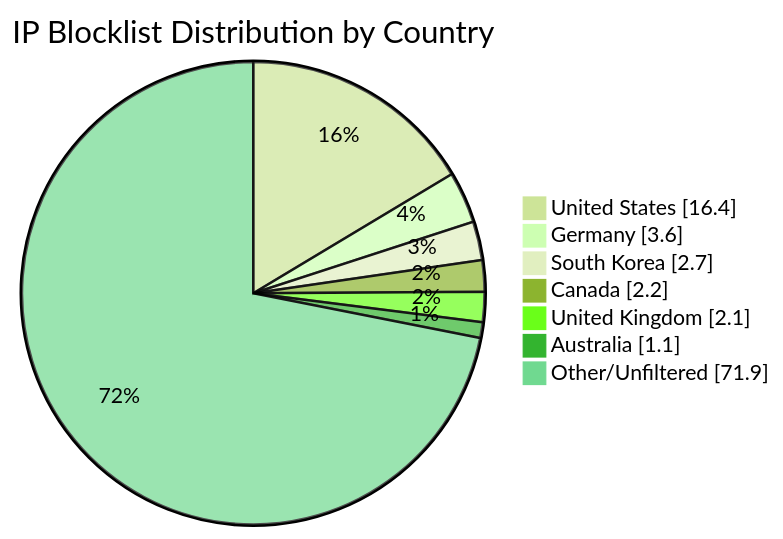
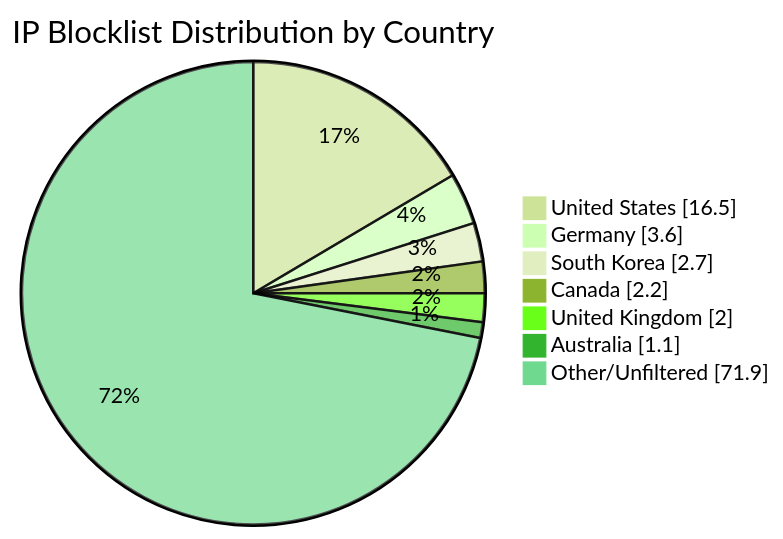
One commit to MarcusHoltz/ipblocklist-geofiltered-aggregator changed the diagram in README.md. Above: the diagram before and after it, drawn with Mermaid (forest theme). The commit also changed other lines of this file and 9 other files, not shown here.

````diff
--- a/README.md
+++ b/README.md
@@ -34,10 +34,10 @@
 ```mermaid
 pie showData title IP Blocklist Distribution by Country
-"United States" : 16.4
+"United States" : 16.5
 "Germany" : 3.6
 "South Korea" : 2.7
 "Canada" : 2.2
-"United Kingdom" : 2.1
+"United Kingdom" : 2.0
 "Australia" : 1.1
 "Other/Unfiltered" : 71.9
 ```
````
